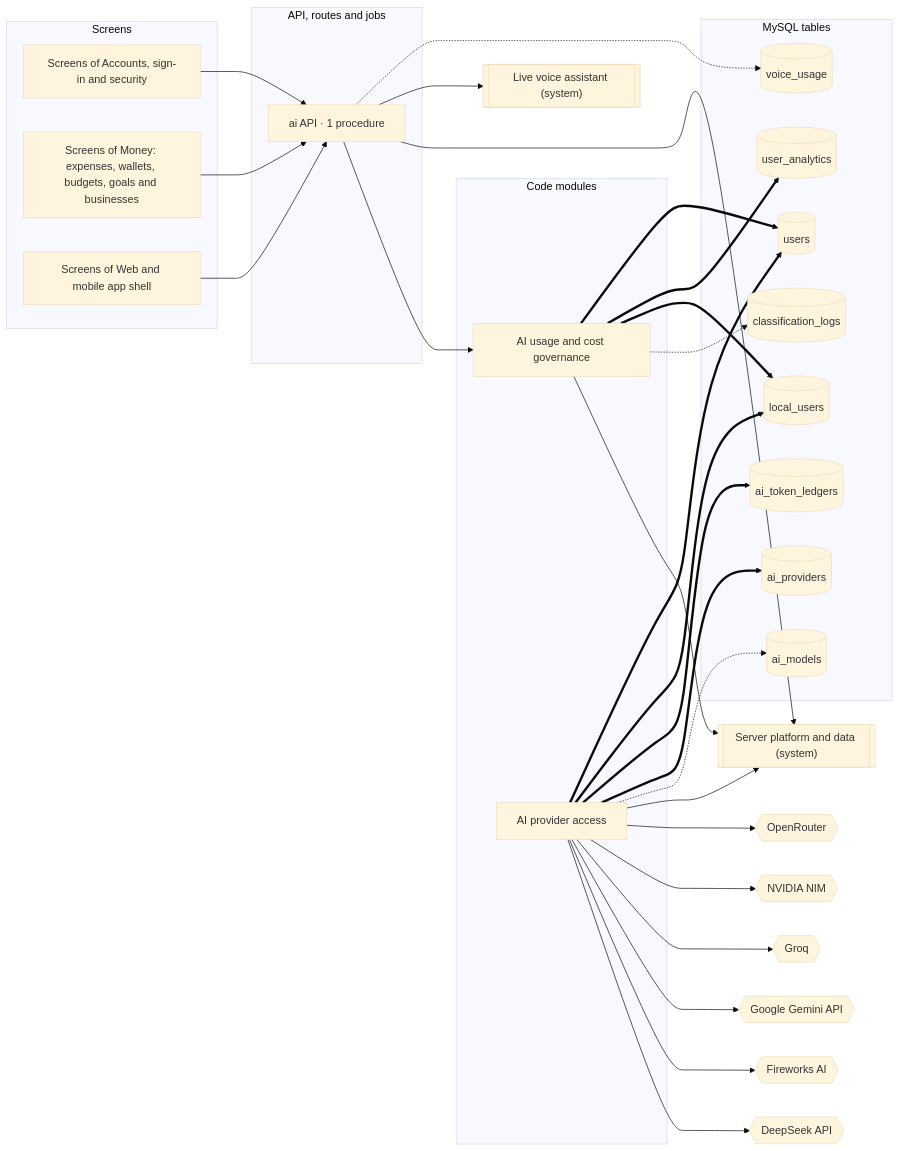
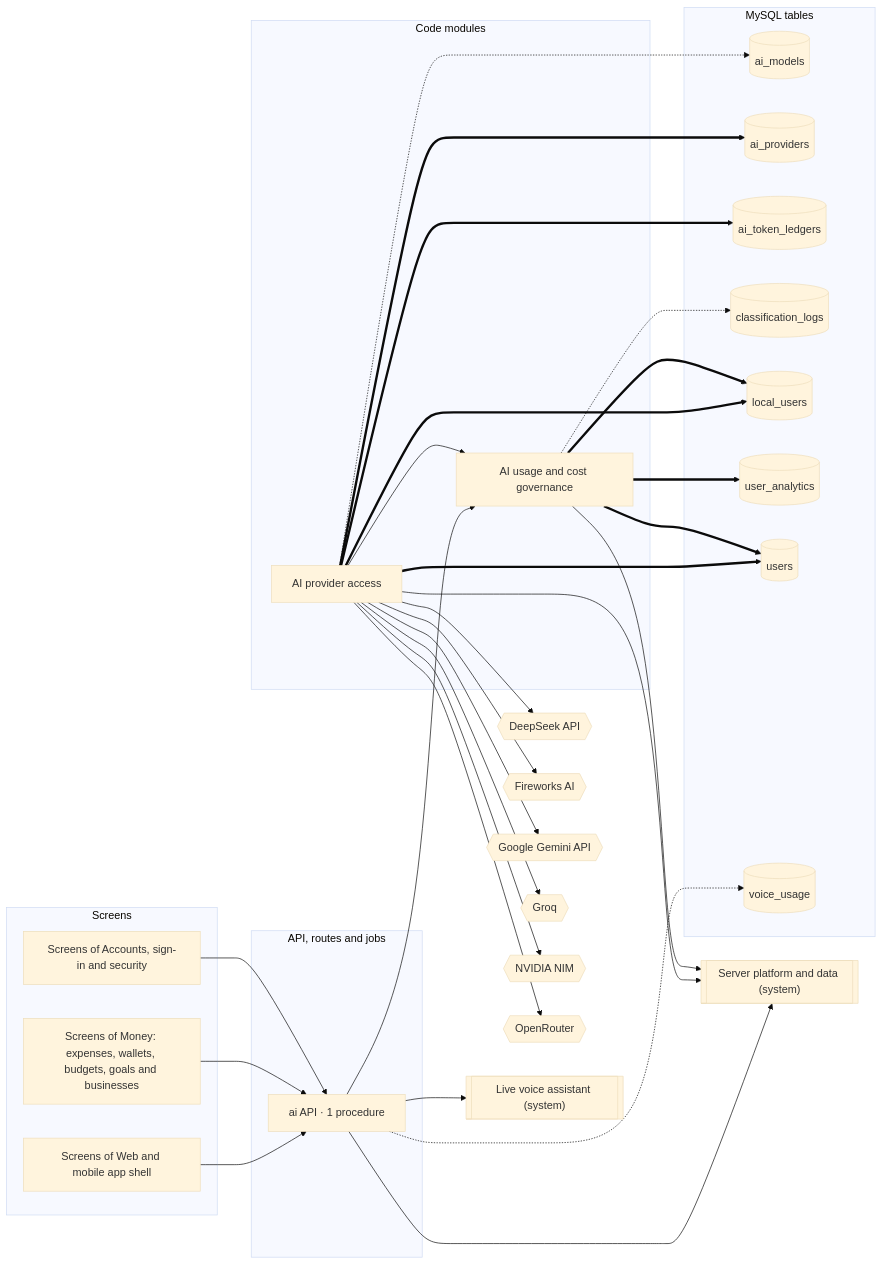
Before and after one commit to mahmoudtaherr111/smartspend_mini_all: the diagram in docs/atlas/systems/ai-platform.md, drawn with Mermaid (base theme). The commit also changed 3 other files, not shown here.

````diff
--- a/docs/atlas/systems/ai-platform.md
+++ b/docs/atlas/systems/ai-platform.md
@@ -13,57 +13,58 @@
 ```mermaid
 flowchart LR
   subgraph g_screens["Screens"]
     screens_accounts["Screens of Accounts, sign-in and security"]
     screens_money["Screens of Money: expenses, wallets, budgets, goals and businesses"]
     screens_web_app["Screens of Web and mobile app shell"]
   end
   subgraph g_api["API, routes and jobs"]
     router_ai["ai API · 1 procedure"]
   end
   subgraph g_modules["Code modules"]
     mod_ai_governance["AI usage and cost governance"]
     mod_ai_providers["AI provider access"]
   end
   subgraph g_tables["MySQL tables"]
     tbl_ai_models[("ai_models")]
     tbl_ai_providers[("ai_providers")]
     tbl_ai_token_ledgers[("ai_token_ledgers")]
     tbl_classification_logs[("classification_logs")]
     tbl_local_users[("local_users")]
     tbl_user_analytics[("user_analytics")]
     tbl_users[("users")]
     tbl_voice_usage[("voice_usage")]
   end
   ext_deepseek{{"DeepSeek API"}}
   ext_fireworks{{"Fireworks AI"}}
   ext_gemini{{"Google Gemini API"}}
   ext_groq{{"Groq"}}
   ext_nvidia{{"NVIDIA NIM"}}
   ext_openrouter{{"OpenRouter"}}
   sys_platform[["Server platform and data (system)"]]
   sys_voice_calls[["Live voice assistant (system)"]]
   mod_ai_governance --> sys_platform
   mod_ai_governance -.-> tbl_classification_logs
   mod_ai_governance ==> tbl_local_users
   mod_ai_governance ==> tbl_user_analytics
   mod_ai_governance ==> tbl_users
   mod_ai_providers --> ext_deepseek
   mod_ai_providers --> ext_fireworks
   mod_ai_providers --> ext_gemini
   mod_ai_providers --> ext_groq
   mod_ai_providers --> ext_nvidia
   mod_ai_providers --> ext_openrouter
+  mod_ai_providers --> mod_ai_governance
   mod_ai_providers --> sys_platform
   mod_ai_providers -.-> tbl_ai_models
   mod_ai_providers ==> tbl_ai_providers
   mod_ai_providers ==> tbl_ai_token_ledgers
   mod_ai_providers ==> tbl_local_users
   mod_ai_providers ==> tbl_users
   router_ai --> mod_ai_governance
   router_ai --> sys_platform
   router_ai --> sys_voice_calls
   router_ai -.-> tbl_voice_usage
   screens_accounts --> router_ai
   screens_money --> router_ai
   screens_web_app --> router_ai
 ```
````
